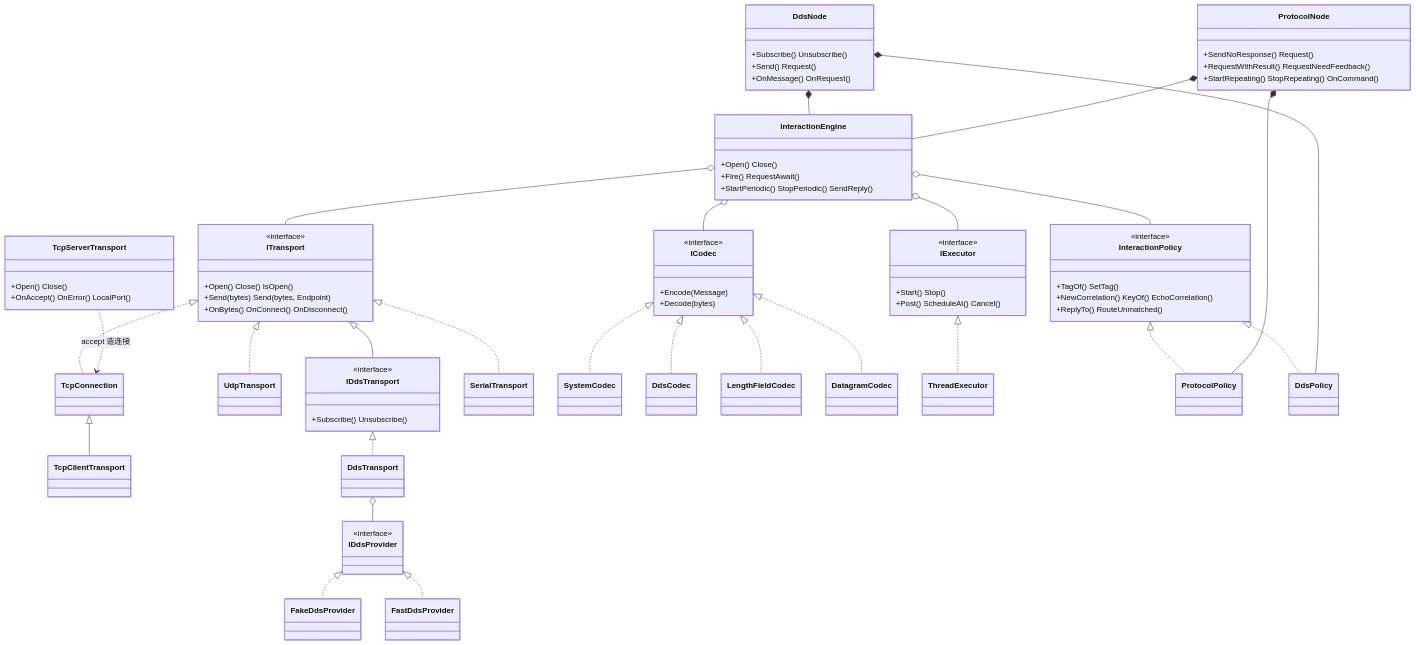
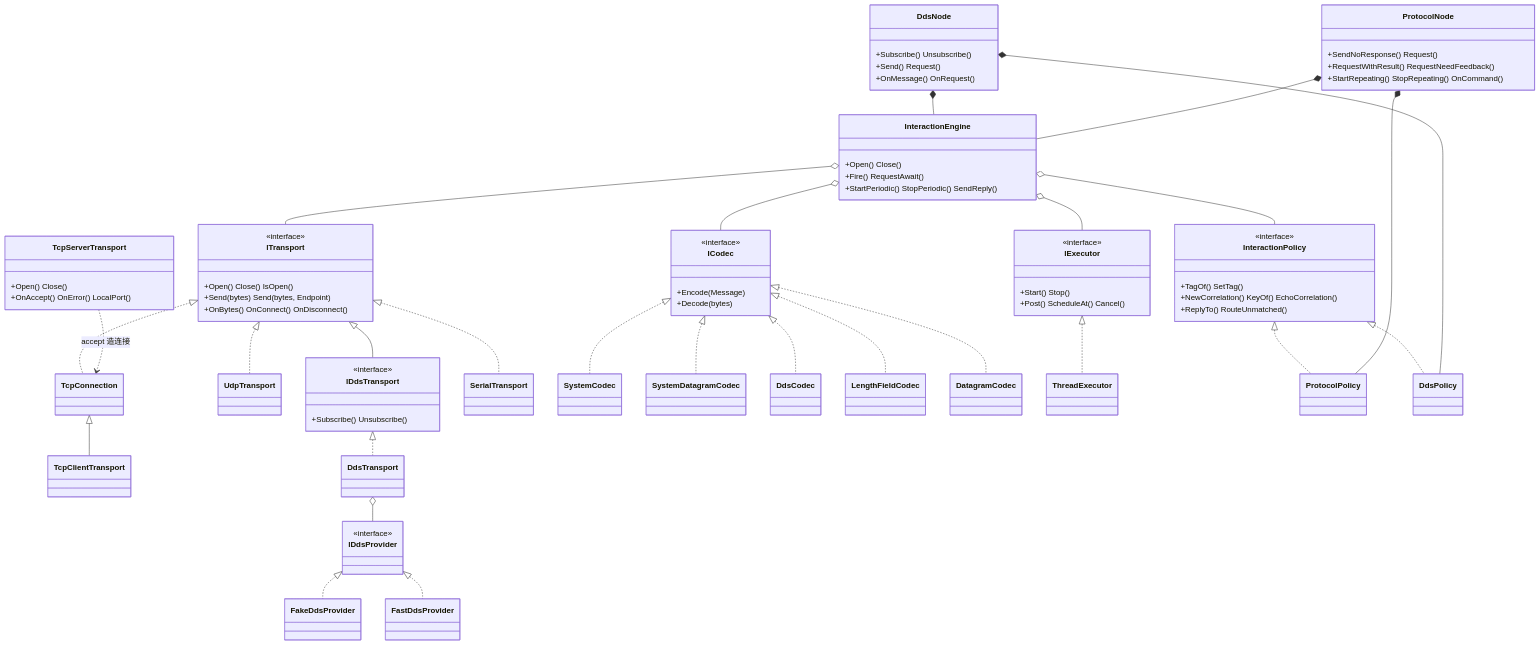
The second of 3 diagrams in docs/设计说明书.md (Ste7an-cs/Transport), drawn with Mermaid before and after one commit. The commit also changed other lines of this file and 5 other files, not shown here.

Commit message:
docs+example: 同步 SRS/SDD/README/CHANGELOG 至外部协议 UDP 1:多(SystemDatagramCodec/reply_to_source/per-send Endpoint)+ 新增 protocol_udp_demo

```diff
--- a/docs/设计说明书.md
+++ b/docs/设计说明书.md
@@ -100,10 +100,12 @@
     +Decode(bytes)
   }
   class SystemCodec
+  class SystemDatagramCodec
   class DdsCodec
   class LengthFieldCodec
   class DatagramCodec
   ICodec <|.. SystemCodec
+  ICodec <|.. SystemDatagramCodec
   ICodec <|.. DdsCodec
   ICodec <|.. LengthFieldCodec
   ICodec <|.. DatagramCodec
```
